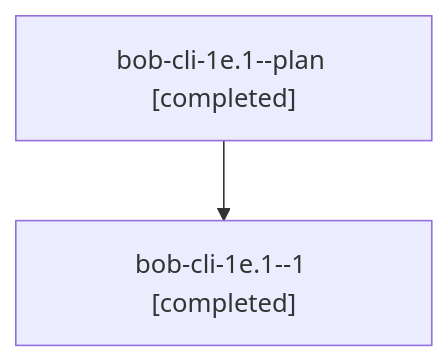
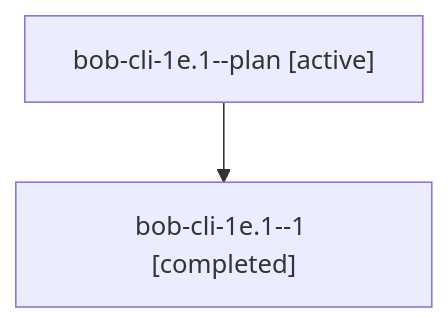
Before and after one commit to bobs-org/bob-cli--agents: the diagram in families/bbugyi200.athena.bob-cli-1e.1.md, drawn with Mermaid. The commit also changed other lines of this file and 1279 other files, not shown here.

````diff
--- a/families/bbugyi200.athena.bob-cli-1e.1.md
+++ b/families/bbugyi200.athena.bob-cli-1e.1.md
@@ -9,6 +9,6 @@
 ```mermaid
 flowchart TD
-  n0["bob-cli-1e.1--plan [completed]"]
+  n0["bob-cli-1e.1--plan [active]"]
   n1["bob-cli-1e.1--1 [completed]"]
   n0 --> n1
 ```
````
